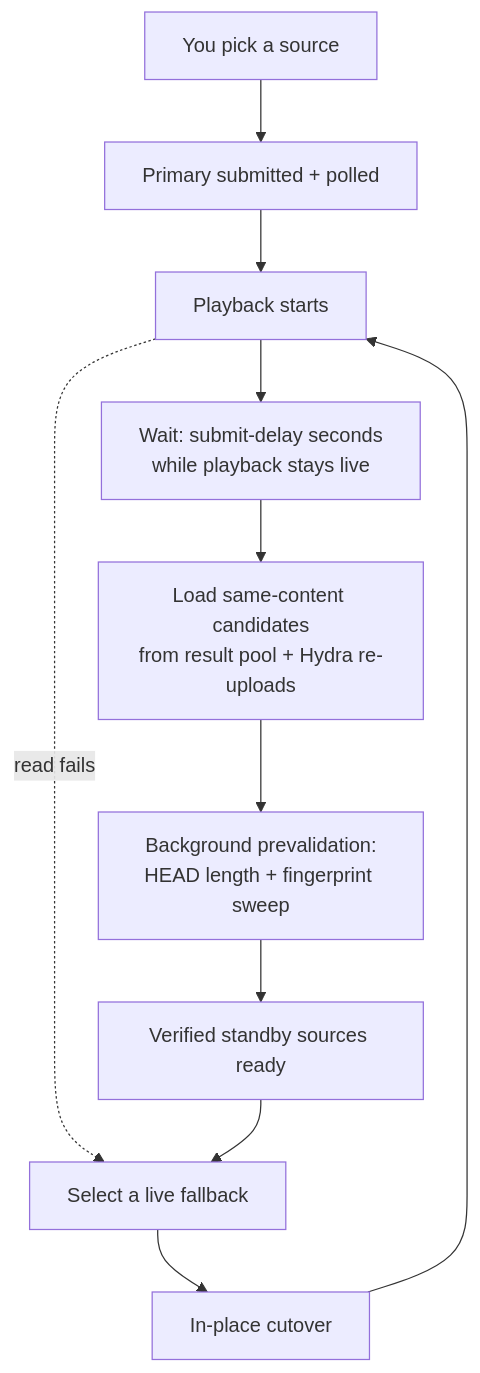
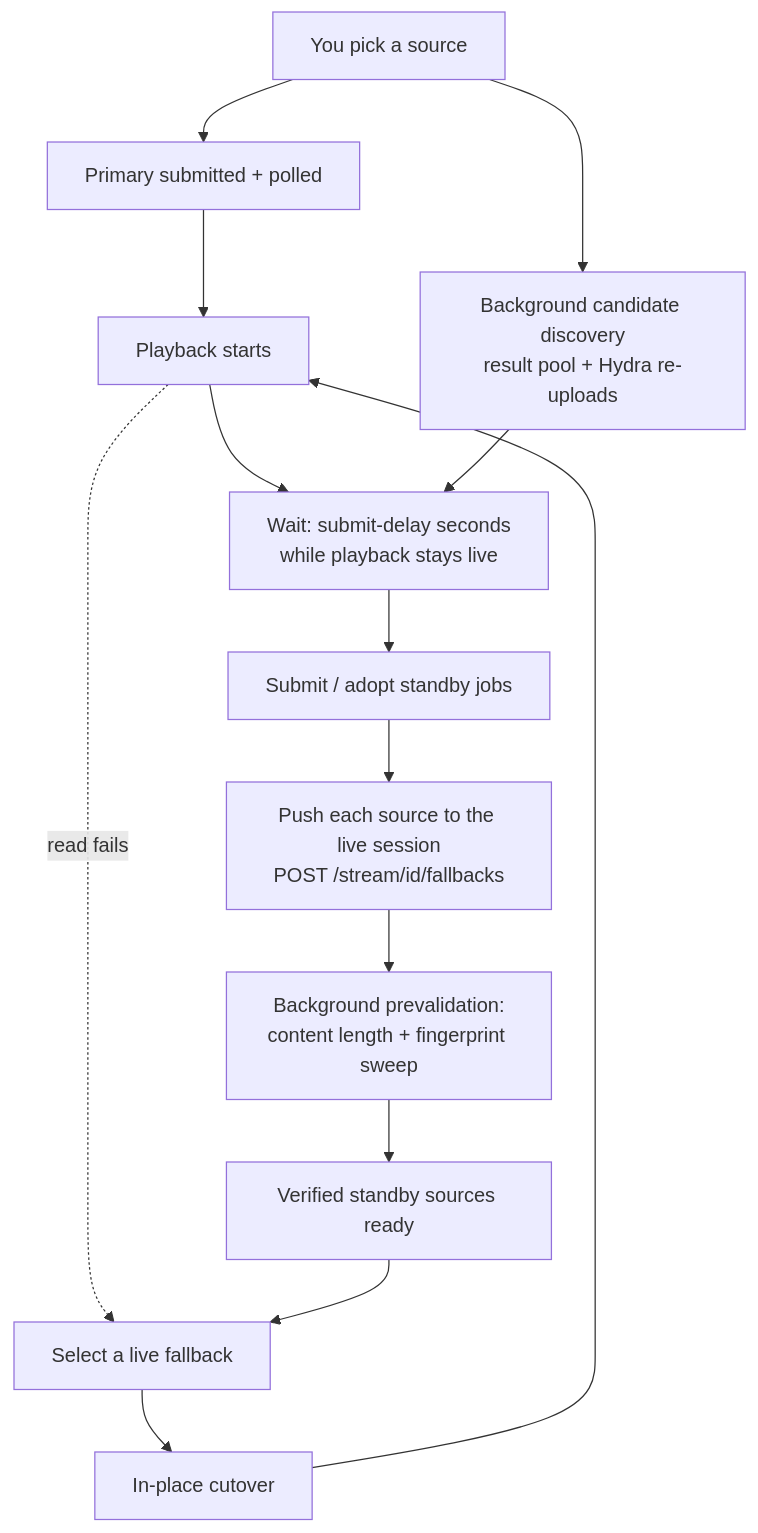
One commit to Appz4Fun/nzbdavkodi changed the first of 2 diagrams in docs-site/how-it-works/fallback-cutover.md. Above: the diagram before and after it, drawn with Mermaid. The commit also changed other lines of this file and 38 other files, not shown here.

````diff
--- a/docs-site/how-it-works/fallback-cutover.md
+++ b/docs-site/how-it-works/fallback-cutover.md
@@ -9,13 +14,16 @@
 ```mermaid
 flowchart TD
     PICK[You pick a source] --> SUB[Primary submitted + polled]
+    PICK --> DISC[Background candidate discovery<br/>result pool + Hydra re-uploads]
     SUB --> PLAY[Playback starts]
     PLAY --> WAIT[Wait: submit-delay seconds<br/>while playback stays live]
-    WAIT --> LOAD[Load same-content candidates<br/>from result pool + Hydra re-uploads]
-    LOAD --> PREV[Background prevalidation:<br/>HEAD length + fingerprint sweep]
+    DISC --> WAIT
+    WAIT --> SUBMIT[Submit / adopt standby jobs]
+    SUBMIT --> PUSH[Push each source to the live session<br/>POST /stream/id/fallbacks]
+    PUSH --> PREV[Background prevalidation:<br/>content length + fingerprint sweep]
     PREV --> STANDBY[Verified standby sources ready]
     PLAY -. read fails .-> SELECT[Select a live fallback]
     STANDBY --> SELECT
     SELECT --> CUT[In-place cutover]
     CUT --> PLAY
 ```
````
